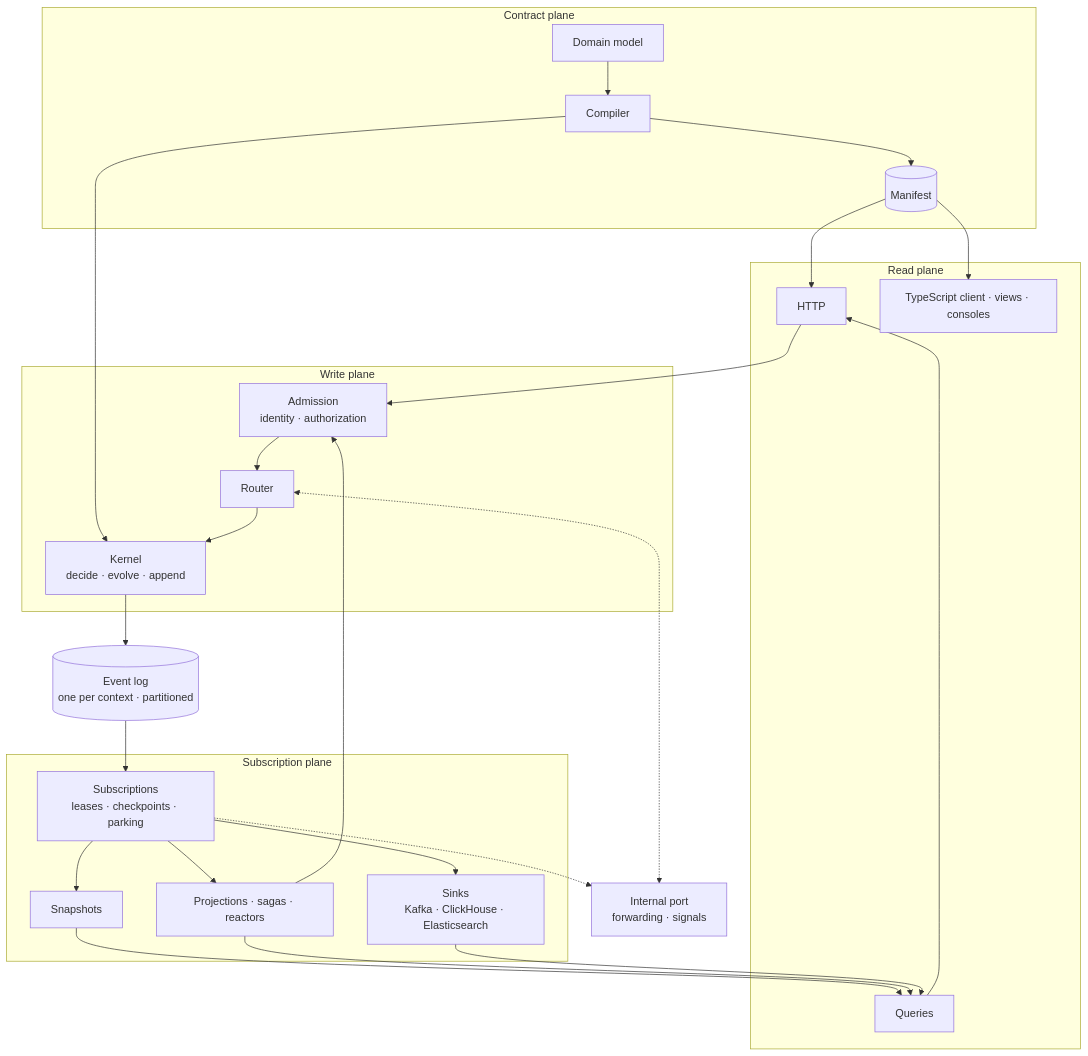
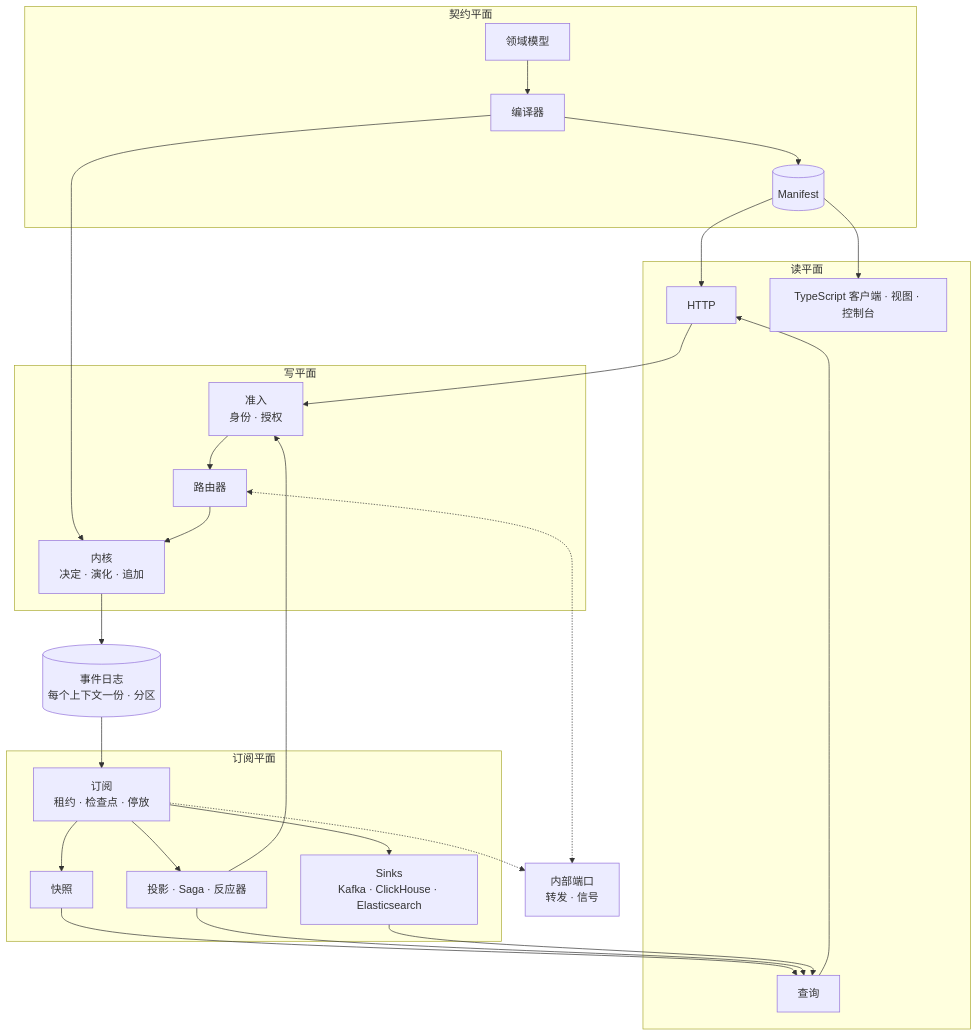
One commit to Ahoo-Wang/Wow changed the diagram in documentation/docs/zh/concepts/index.md. Above: the diagram before and after it, drawn with Mermaid. The commit also changed other lines of this file and 4 other files, not shown here.

Commit message:
docs(v10): the Chinese home page shows what you write and what you get; Chinese diagram labels in the concepts pages

````diff
--- a/documentation/docs/zh/concepts/index.md
+++ b/documentation/docs/zh/concepts/index.md
@@ -41,36 +41,36 @@
 ```mermaid
 flowchart TB
-    subgraph Contract[Contract plane]
-        MODEL[Domain model]
-        COMPILER[Compiler]
+    subgraph Contract[契约平面]
+        MODEL[领域模型]
+        COMPILER[编译器]
         MANIFEST[(Manifest)]
     end
-    subgraph Write[Write plane]
-        GATEWAY[Admission<br/>identity · authorization]
-        ROUTER[Router]
-        KERNEL[Kernel<br/>decide · evolve · append]
+    subgraph Write[写平面]
+        GATEWAY[准入<br/>身份 · 授权]
+        ROUTER[路由器]
+        KERNEL[内核<br/>决定 · 演化 · 追加]
     end
-    LOG[(Event log<br/>one per context · partitioned)]
-    subgraph Flow[Subscription plane]
-        SUBS[Subscriptions<br/>leases · checkpoints · parking]
-        SNAP[Snapshots]
-        PROCESSORS[Projections · sagas · reactors]
+    LOG[(事件日志<br/>每个上下文一份 · 分区)]
+    subgraph Flow[订阅平面]
+        SUBS[订阅<br/>租约 · 检查点 · 停放]
+        SNAP[快照]
+        PROCESSORS[投影 · Saga · 反应器]
         SINKS[Sinks<br/>Kafka · ClickHouse · Elasticsearch]
     end
-    subgraph Read[Read plane]
-        QUERY[Queries]
+    subgraph Read[读平面]
+        QUERY[查询]
         EDGE[HTTP]
-        UI[TypeScript client · views · consoles]
+        UI[TypeScript 客户端 · 视图 · 控制台]
     end
-    CHANNEL[Internal port<br/>forwarding · signals]
+    CHANNEL[内部端口<br/>转发 · 信号]
 
     MODEL --> COMPILER --> MANIFEST
     COMPILER --> KERNEL
     EDGE --> GATEWAY --> ROUTER --> KERNEL --> LOG
     LOG --> SUBS --> SNAP & PROCESSORS & SINKS
     PROCESSORS --> GATEWAY
     SNAP & PROCESSORS & SINKS --> QUERY --> EDGE
     MANIFEST --> EDGE & UI
     ROUTER <-.-> CHANNEL
     SUBS -.-> CHANNEL
 ```
````
